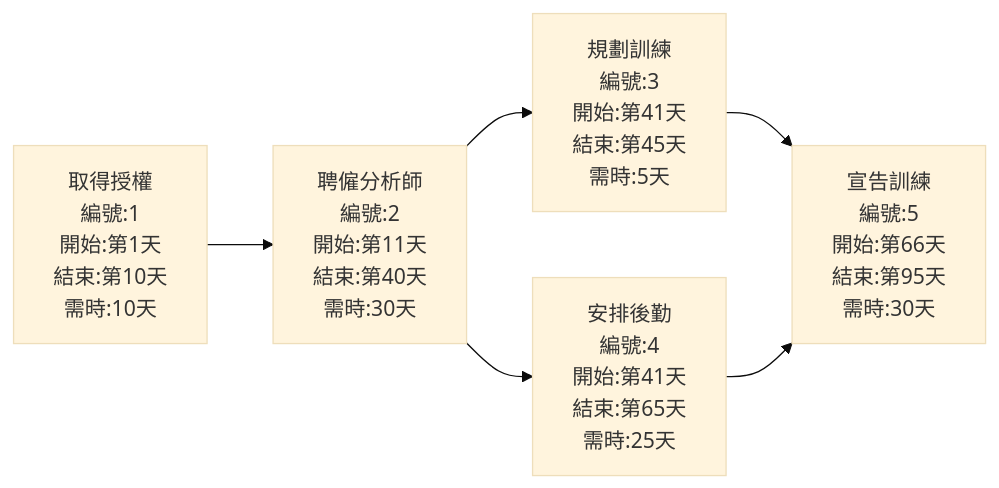
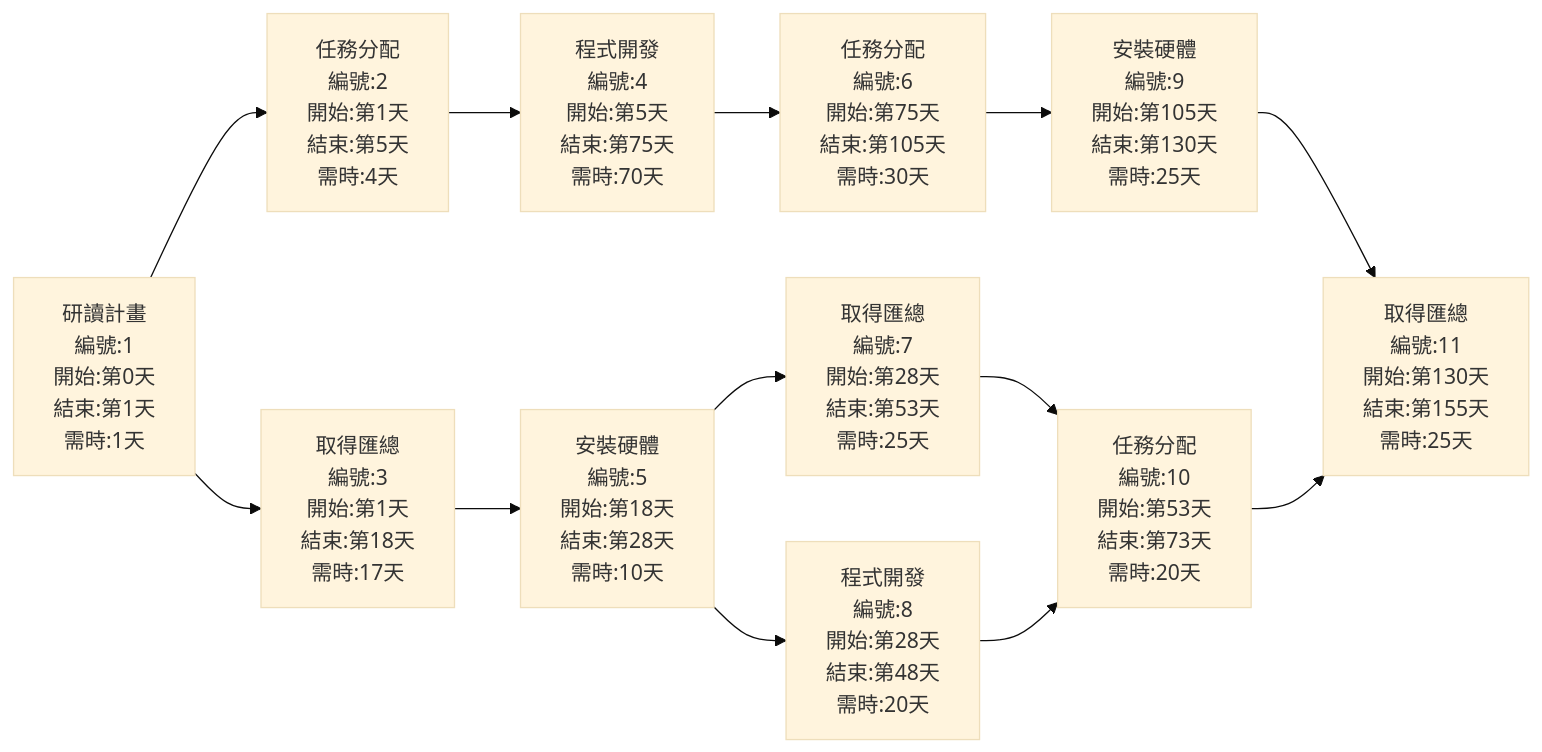
Before and after one commit to DeGUAouo/114-1a: the second of 2 diagrams in hw2.md, drawn with Mermaid (base theme). The commit also changed other lines of this file, not shown here.

````diff
--- a/hw2.md
+++ b/hw2.md
@@ -22,14 +22,28 @@
 ```mermaid
 graph LR
-    no1["取得授權<br>編號:1<br>開始:第1天<br>結束:第10天<br>需時:10天"]
-    no2["聘僱分析師<br>編號:2<br>開始:第11天<br>結束:第40天<br>需時:30天"]
-    no3["規劃訓練<br>編號:3<br>開始:第41天<br>結束:第45天<br>需時:5天"]
-    no4["安排後勤<br>編號:4<br>開始:第41天<br>結束:第65天<br>需時:25天"]
-    no5["宣告訓練<br>編號:5<br>開始:第66天<br>結束:第95天<br>需時:30天"]
+    no1["研讀計畫<br>編號:1<br>開始:第0天<br>結束:第1天<br>需時:1天"]
+    no2["任務分配<br>編號:2<br>開始:第1天<br>結束:第5天<br>需時:4天"]
+    no3["取得匯總<br>編號:3<br>開始:第1天<br>結束:第18天<br>需時:17天"]
+    no4["程式開發<br>編號:4<br>開始:第5天<br>結束:第75天<br>需時:70天"]
+    no5["安裝硬體<br>編號:5<br>開始:第18天<br>結束:第28天<br>需時:10天"]
+    no6["任務分配<br>編號:6<br>開始:第75天<br>結束:第105天<br>需時:30天"]
+    no7["取得匯總<br>編號:7<br>開始:第28天<br>結束:第53天<br>需時:25天"]
+    no8["程式開發<br>編號:8<br>開始:第28天<br>結束:第48天<br>需時:20天"]
+    no9["安裝硬體<br>編號:9<br>開始:第105天<br>結束:第130天<br>需時:25天"]
+    no10["任務分配<br>編號:10<br>開始:第53天<br>結束:第73天<br>需時:20天"]
+    no11["取得匯總<br>編號:11<br>開始:第130天<br>結束:第155天<br>需時:25天"]
 
     no1 --> no2
-    no2 --> no3
+    no1 --> no3
     no2 --> no4
     no3 --> no5
-    no4 --> no5
+    no4 --> no6
+    no5 --> no7
+    no5 --> no8
+    no6 --> no9
+    no7 --> no10
+    no8 --> no10
+    no9 --> no11
+    no10 --> no11
+
 ```
````
